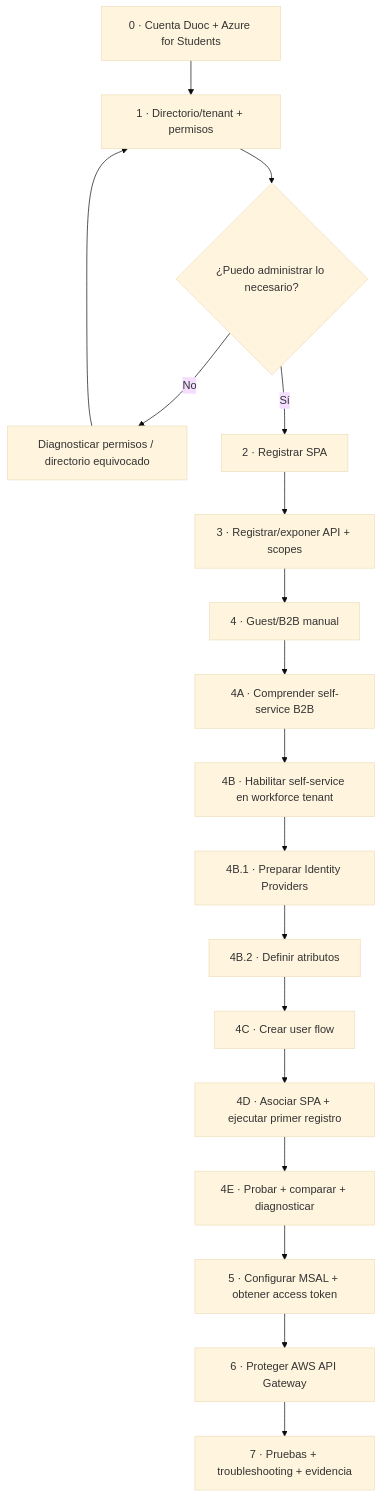
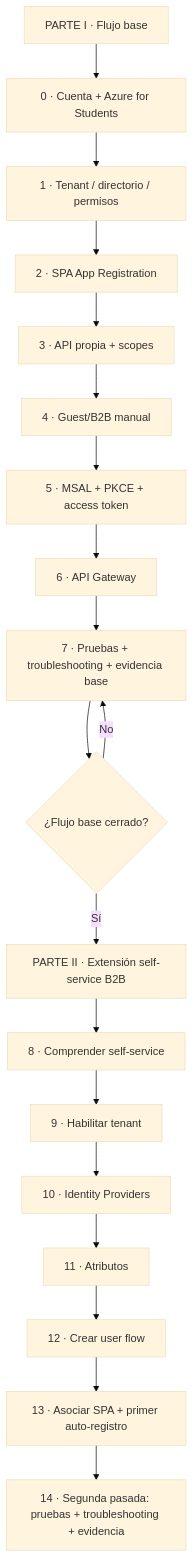
The first of 3 diagrams in docs/identity/entra-guia-completa/README.md (cmartinezs/DSY1107-DESARROLLO-CLOUD-NATIVE-I-2026-2), drawn with Mermaid (base theme) before and after one commit. The commit also changed other lines of this file, not shown here.

Commit message:
docs(identity): move self-service extension after base flow

````diff
--- a/docs/identity/entra-guia-completa/README.md
+++ b/docs/identity/entra-guia-completa/README.md
@@ -29,20 +13,21 @@
 ```mermaid
 flowchart TD
-    A[0 · Cuenta Duoc + Azure for Students] --> B[1 · Directorio/tenant + permisos]
-    B --> C{¿Puedo administrar lo necesario?}
-    C -- No --> FIX[Diagnosticar permisos / directorio equivocado]
-    FIX --> B
-    C -- Sí --> D[2 · Registrar SPA]
-    D --> E[3 · Registrar/exponer API + scopes]
-    E --> F[4 · Guest/B2B manual]
-    F --> A1[4A · Comprender self-service B2B]
-    A1 --> A2[4B · Habilitar self-service en workforce tenant]
-    A2 --> A21[4B.1 · Preparar Identity Providers]
-    A21 --> A22[4B.2 · Definir atributos]
-    A22 --> A3[4C · Crear user flow]
-    A3 --> A4[4D · Asociar SPA + ejecutar primer registro]
-    A4 --> A5[4E · Probar + comparar + diagnosticar]
-    A5 --> G[5 · Configurar MSAL + obtener access token]
-    G --> H[6 · Proteger AWS API Gateway]
-    H --> I[7 · Pruebas + troubleshooting + evidencia]
+    BASE[PARTE I · Flujo base] --> B0[0 · Cuenta + Azure for Students]
+    B0 --> B1[1 · Tenant / directorio / permisos]
+    B1 --> B2[2 · SPA App Registration]
+    B2 --> B3[3 · API propia + scopes]
+    B3 --> B4[4 · Guest/B2B manual]
+    B4 --> B5[5 · MSAL + PKCE + access token]
+    B5 --> B6[6 · API Gateway]
+    B6 --> B7[7 · Pruebas + troubleshooting + evidencia base]
+    B7 --> GATE{¿Flujo base cerrado?}
+    GATE -- No --> B7
+    GATE -- Sí --> EXT[PARTE II · Extensión self-service B2B]
+    EXT --> E8[8 · Comprender self-service]
+    E8 --> E9[9 · Habilitar tenant]
+    E9 --> E10[10 · Identity Providers]
+    E10 --> E11[11 · Atributos]
+    E11 --> E12[12 · Crear user flow]
+    E12 --> E13[13 · Asociar SPA + primer auto-registro]
+    E13 --> E14[14 · Segunda pasada: pruebas + troubleshooting + evidencia]
 ```
````
